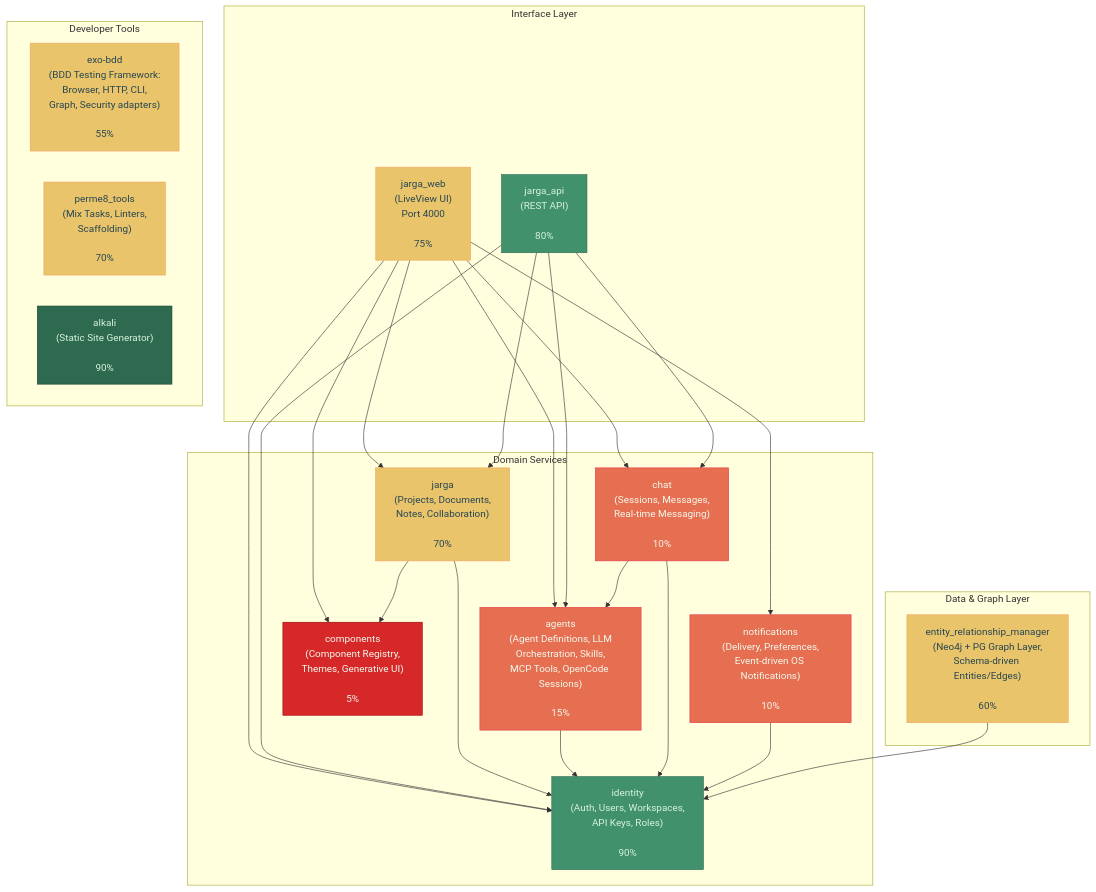
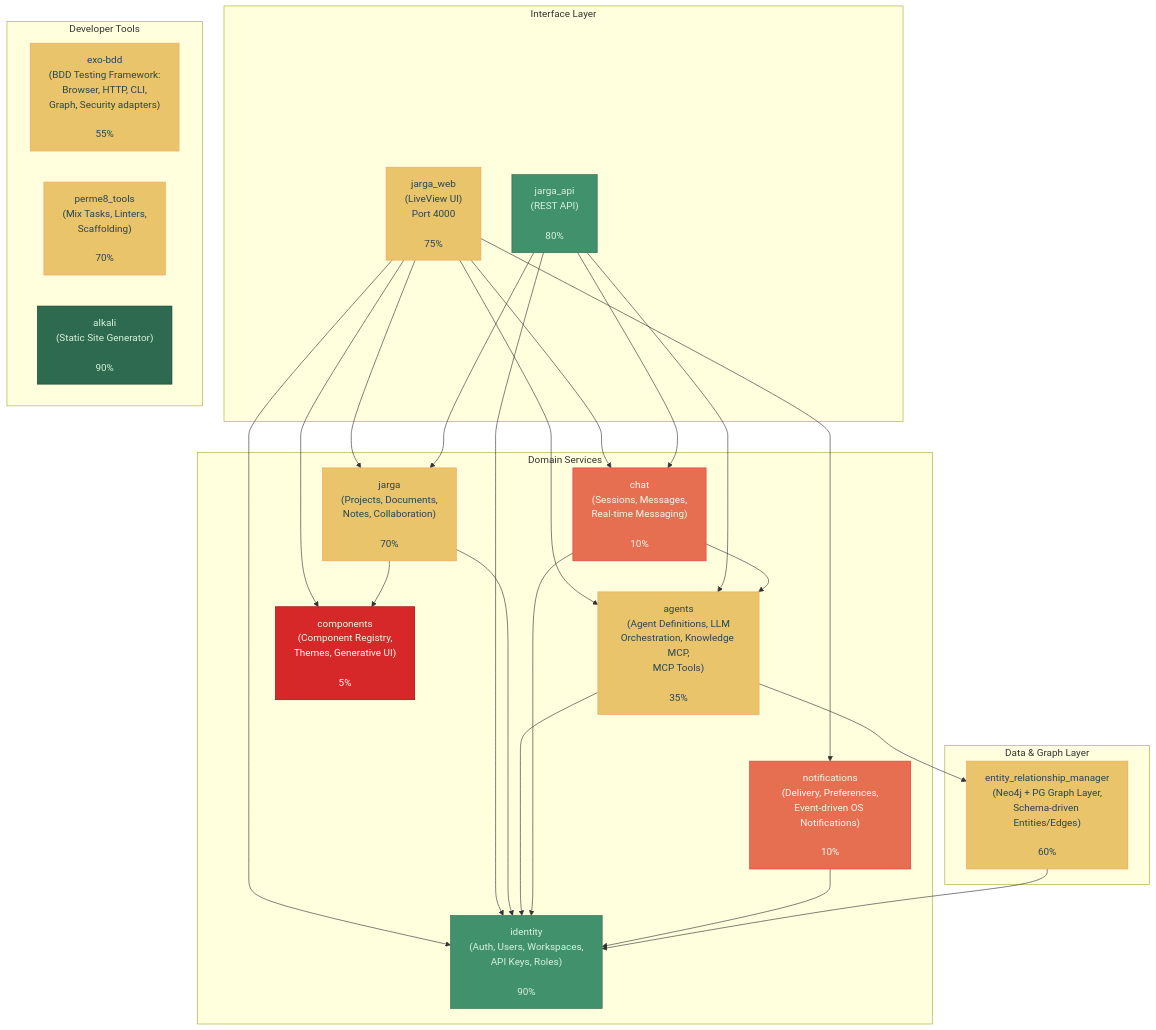
The diagram in docs/architecture/perme8_architecture_graph.md (platform-q-ai/perme8), drawn with Mermaid before and after one commit. The commit also changed other lines of this file and 11 other files, not shown here.

First line of the commit message:
docs: update documentation for agents extraction and Knowledge MCP

````diff
--- a/docs/architecture/perme8_architecture_graph.md
+++ b/docs/architecture/perme8_architecture_graph.md
@@ -20,64 +20,65 @@
 ```mermaid
 graph TB
     subgraph "Interface Layer"
         JW["jarga_web<br/>(LiveView UI)<br/>Port 4000<br/><br/>75%"]
         JA["jarga_api<br/>(REST API)<br/><br/>80%"]
     end
 
     subgraph "Domain Services"
         ID["identity<br/>(Auth, Users, Workspaces,<br/>API Keys, Roles)<br/><br/>90%"]
         JG["jarga<br/>(Projects, Documents,<br/>Notes, Collaboration)<br/><br/>70%"]
-        AG["agents<br/>(Agent Definitions, LLM<br/>Orchestration, Skills,<br/>MCP Tools, OpenCode Sessions)<br/><br/>15%"]
+        AG["agents<br/>(Agent Definitions, LLM<br/>Orchestration, Knowledge MCP,<br/>MCP Tools)<br/><br/>35%"]
         CH["chat<br/>(Sessions, Messages,<br/>Real-time Messaging)<br/><br/>10%"]
         NO["notifications<br/>(Delivery, Preferences,<br/>Event-driven OS Notifications)<br/><br/>10%"]
         CO["components<br/>(Component Registry,<br/>Themes, Generative UI)<br/><br/>5%"]
     end
 
     subgraph "Data & Graph Layer"
         ER["entity_relationship_manager<br/>(Neo4j + PG Graph Layer,<br/>Schema-driven Entities/Edges)<br/><br/>60%"]
     end
 
     subgraph "Developer Tools"
         EX["exo-bdd<br/>(BDD Testing Framework:<br/>Browser, HTTP, CLI,<br/>Graph, Security adapters)<br/><br/>55%"]
         PT["perme8_tools<br/>(Mix Tasks, Linters,<br/>Scaffolding)<br/><br/>70%"]
         AL["alkali<br/>(Static Site Generator)<br/><br/>90%"]
     end
 
     %% Interface layer dependencies
     JW --> ID
     JW --> JG
     JW --> AG
     JW --> CH
     JW --> NO
     JW --> CO
     JA --> ID
     JA --> JG
     JA --> AG
     JA --> CH
 
     %% Domain service dependencies
     JG --> ID
     JG --> CO
     AG --> ID
     CH --> ID
     CH --> AG
     NO --> ID
 
     %% Graph layer
+    AG --> ER
     ER --> ID
 
     %% Styling
     classDef complete fill:#2d6a4f,stroke:#1b4332,color:#d8f3dc
     classDef high fill:#40916c,stroke:#2d6a4f,color:#d8f3dc
     classDef medium fill:#e9c46a,stroke:#f4a261,color:#264653
     classDef low fill:#e76f51,stroke:#e63946,color:#f1faee
     classDef vlow fill:#d62828,stroke:#9d0208,color:#f1faee
 
     class AL complete
     class ID,JA high
     class JW,JG,PT medium
     class ER,EX medium
-    class AG low
+    class AG medium
     class CH,NO low
     class CO vlow
 ```
````
